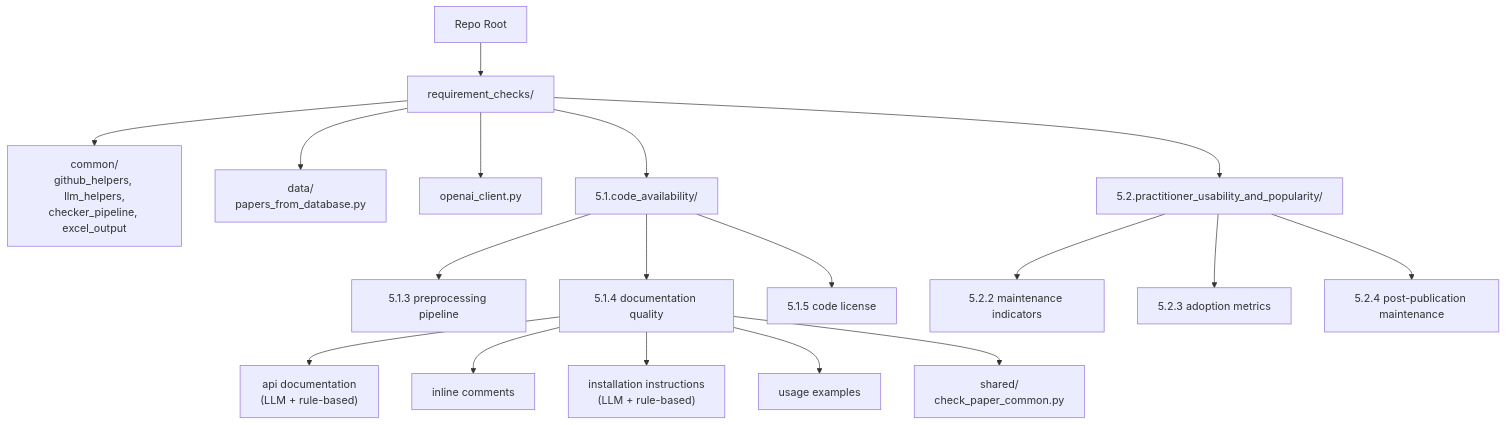
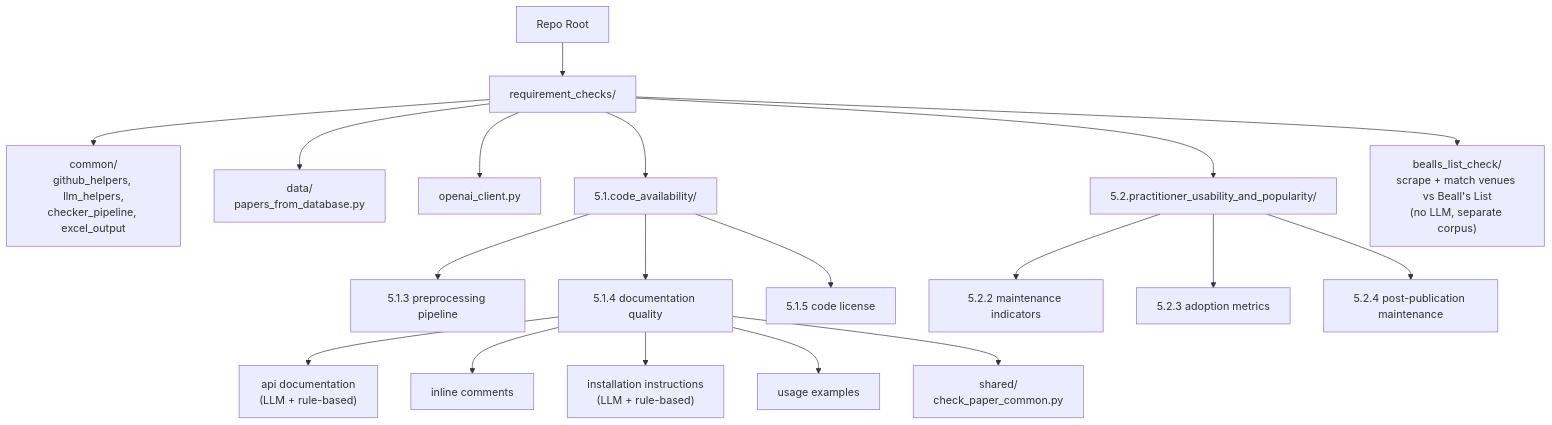
The diagram in README.md (AminDaryan/Scrape-GitHub), drawn with Mermaid before and after one commit. The commit also changed other lines of this file and 1 other file, not shown here.

First line of the commit message:
docs: document papers data file and Beall's List check

````diff
--- a/README.md
+++ b/README.md
@@ -244,21 +330,22 @@
 ```mermaid
 flowchart TD
   root["Repo Root"]
   root --> rc["requirement_checks/"]
   rc --> common["common/<br/>github_helpers, llm_helpers,<br/>checker_pipeline, excel_output"]
   rc --> data["data/<br/>papers_from_database.py"]
   rc --> client["openai_client.py"]
   rc --> q51["5.1.code_availability/"]
   q51 --> q513["5.1.3 preprocessing pipeline"]
   q51 --> q514["5.1.4 documentation quality"]
   q51 --> q515["5.1.5 code license"]
   q514 --> apidoc["api documentation<br/>(LLM + rule-based)"]
   q514 --> inline["inline comments"]
   q514 --> install["installation instructions<br/>(LLM + rule-based)"]
   q514 --> usage["usage examples"]
   q514 --> shared["shared/<br/>check_paper_common.py"]
   rc --> q52["5.2.practitioner_usability_and_popularity/"]
   q52 --> q522["5.2.2 maintenance indicators"]
   q52 --> q523["5.2.3 adoption metrics"]
   q52 --> q524["5.2.4 post-publication maintenance"]
+  rc --> bealls["bealls_list_check/<br/>scrape + match venues vs Beall's List<br/>(no LLM, separate corpus)"]
 ```
````
